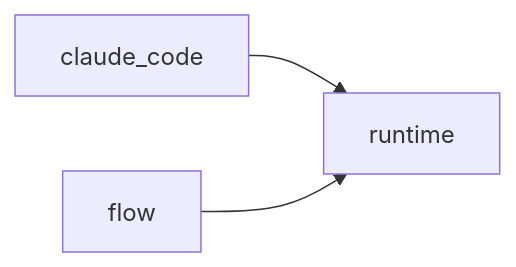
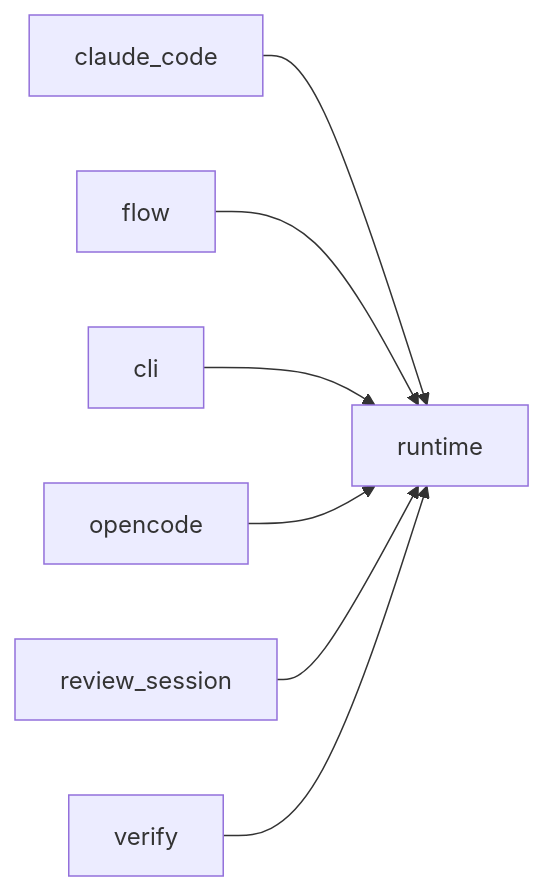
The diagram in docs/architecture/modules/runtime.md (plaplanche/ariane), drawn with Mermaid before and after one commit. The commit also changed other lines of this file and 25 other files, not shown here.

````diff
--- a/docs/architecture/modules/runtime.md
+++ b/docs/architecture/modules/runtime.md
@@ -17,5 +17,9 @@
 ```mermaid
 flowchart LR
   claude_code --> runtime
   flow --> runtime
+  cli --> runtime
+  opencode --> runtime
+  review_session --> runtime
+  verify --> runtime
 ```
````
